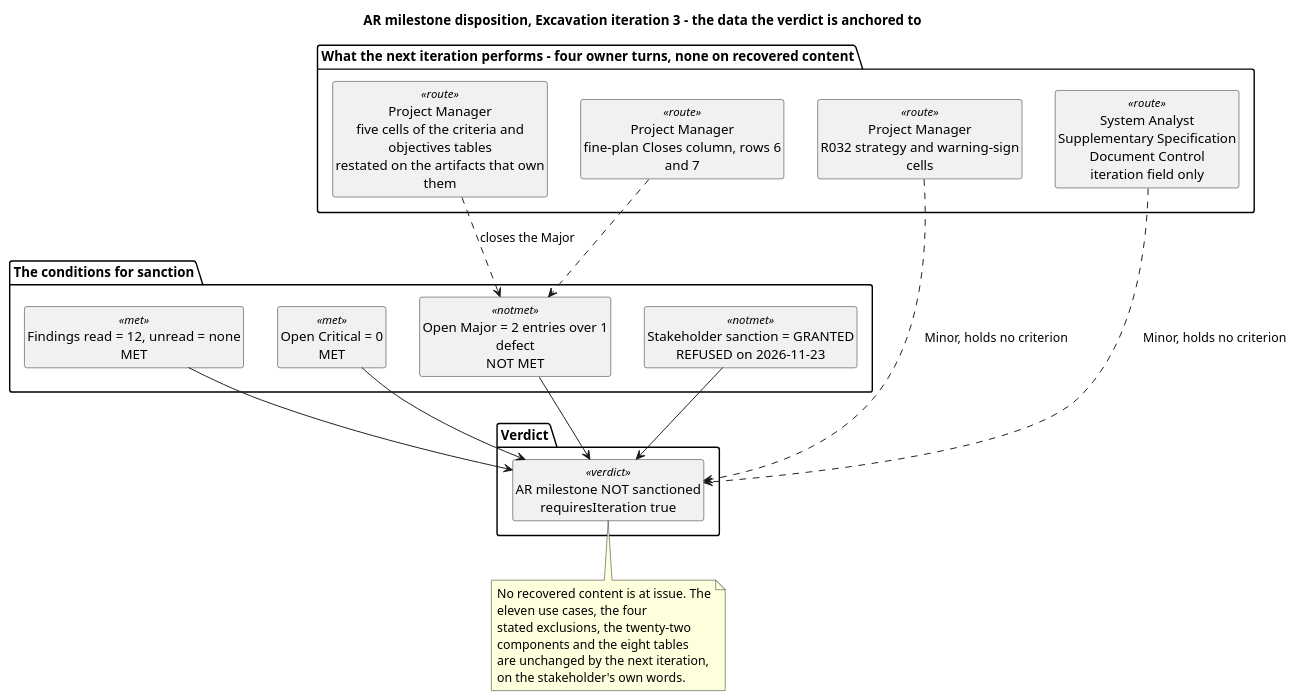
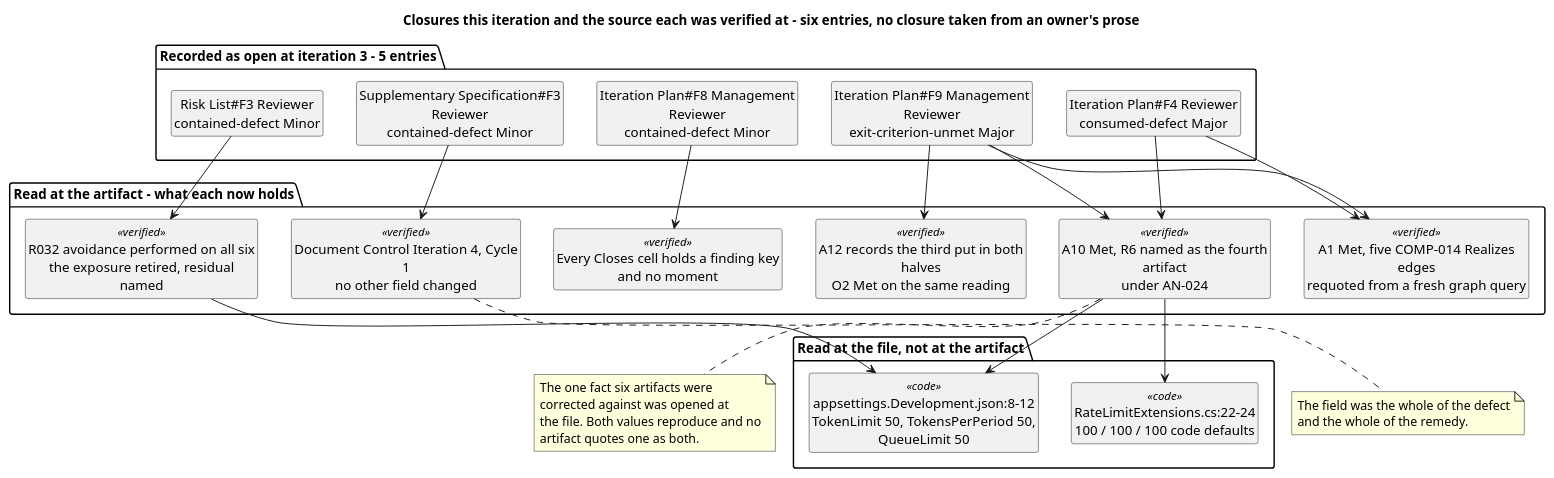
Diagram 11 of 13 in docs/artifacts/project-management/review-record.md (banense-test/TodoApp), drawn with PlantUML before and after one commit. The commit also changed other lines of this file, not shown here.

Commit message:
Review Coordinator [Excavation4]: upsert Review Record
[skip ci]

````diff
--- a/docs/artifacts/project-management/review-record.md
+++ b/docs/artifacts/project-management/review-record.md
@@ -844,44 +844,51 @@
 ```plantuml
 @startuml
-title AR milestone disposition, Excavation iteration 3 - the data the verdict is anchored to
-
+title Closures this iteration and the source each was verified at - six entries, no closure taken from an owner's prose
 skinparam shadowing false
-skinparam wrapWidth 235
+skinparam wrapWidth 240
 hide circle
 hide empty members
 
-package "The conditions for sanction" {
-  class "Findings read = 12, unread = none\nMET" as X1 <<met>>
-  class "Open Critical = 0\nMET" as X2 <<met>>
-  class "Open Major = 2 entries over 1 defect\nNOT MET" as X3 <<notmet>>
-  class "Stakeholder sanction = GRANTED\nREFUSED on 2026-11-23" as X4 <<notmet>>
+package "Recorded as open at iteration 3 - 5 entries" {
+  class "Iteration Plan#F4 Reviewer\nconsumed-defect Major" as O1
+  class "Iteration Plan#F9 Management Reviewer\nexit-criterion-unmet Major" as O2
+  class "Iteration Plan#F8 Management Reviewer\ncontained-defect Minor" as O3
+  class "Risk List#F3 Reviewer\ncontained-defect Minor" as O4
+  class "Supplementary Specification#F3 Reviewer\ncontained-defect Minor" as O5
 }
 
-package "Verdict" {
-  class "AR milestone NOT sanctioned\nrequiresIteration true" as V <<verdict>>
+package "Read at the artifact - what each now holds" {
+  class "A1 Met, five COMP-014 Realizes edges\nrequoted from a fresh graph query" as V1 <<verified>>
+  class "A10 Met, R6 named as the fourth artifact\nunder AN-024" as V2 <<verified>>
+  class "A12 records the third put in both halves\nO2 Met on the same reading" as V3 <<verified>>
+  class "Every Closes cell holds a finding key\nand no moment" as V4 <<verified>>
+  class "R032 avoidance performed on all six\nthe exposure retired, residual named" as V5 <<verified>>
+  class "Document Control Iteration 4, Cycle 1\nno other field changed" as V6 <<verified>>
 }
 
-package "What the next iteration performs - four owner turns, none on recovered content" {
-  class "Project Manager\nfive cells of the criteria and objectives tables\nrestated on the artifacts that own them" as A1 <<route>>
-  class "Project Manager\nfine-plan Closes column, rows 6 and 7" as A2 <<route>>
-  class "Project Manager\nR032 strategy and warning-sign cells" as A3 <<route>>
-  class "System Analyst\nSupplementary Specification Document Control\niteration field only" as A4 <<route>>
+package "Read at the file, not at the artifact" {
+  class "appsettings.Development.json:8-12\nTokenLimit 50, TokensPerPeriod 50, QueueLimit 50" as CODE1 <<code>>
+  class "RateLimitExtensions.cs:22-24\n100 / 100 / 100 code defaults" as CODE2 <<code>>
 }
 
-X1 --> V
-X2 --> V
-X3 --> V
-X4 --> V
-A1 ..> X3 : closes the Major
-A2 ..> X3
-A3 ..> V : Minor, holds no criterion
-A4 ..> V : Minor, holds no criterion
+O1 --> V1
+O1 --> V2
+O2 --> V1
+O2 --> V3
+O2 --> V2
+O3 --> V4
+O4 --> V5
+O5 --> V6
+V2 --> CODE1
+V2 --> CODE2
+V5 --> CODE1
 
-note bottom of V
-  No recovered content is at issue. The eleven use cases, the four
-  stated exclusions, the twenty-two components and the eight tables
-  are unchanged by the next iteration, on the stakeholder's own words.
+note bottom of V2
+  The one fact six artifacts were corrected against was opened at
+  the file. Both values reproduce and no artifact quotes one as both.
 end note
-
+note bottom of V6
+  The field was the whole of the defect and the whole of the remedy.
+end note
 @enduml
 ```
````
